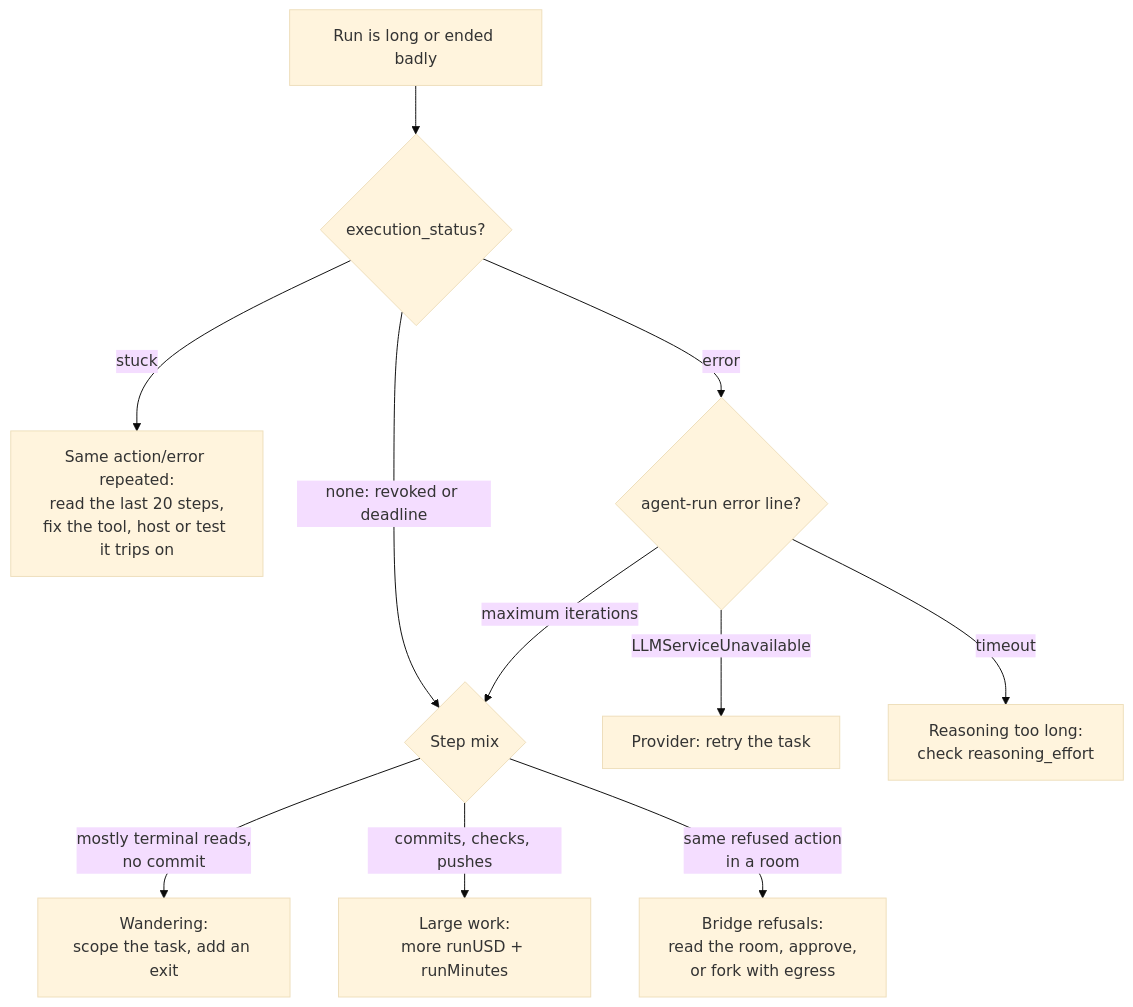
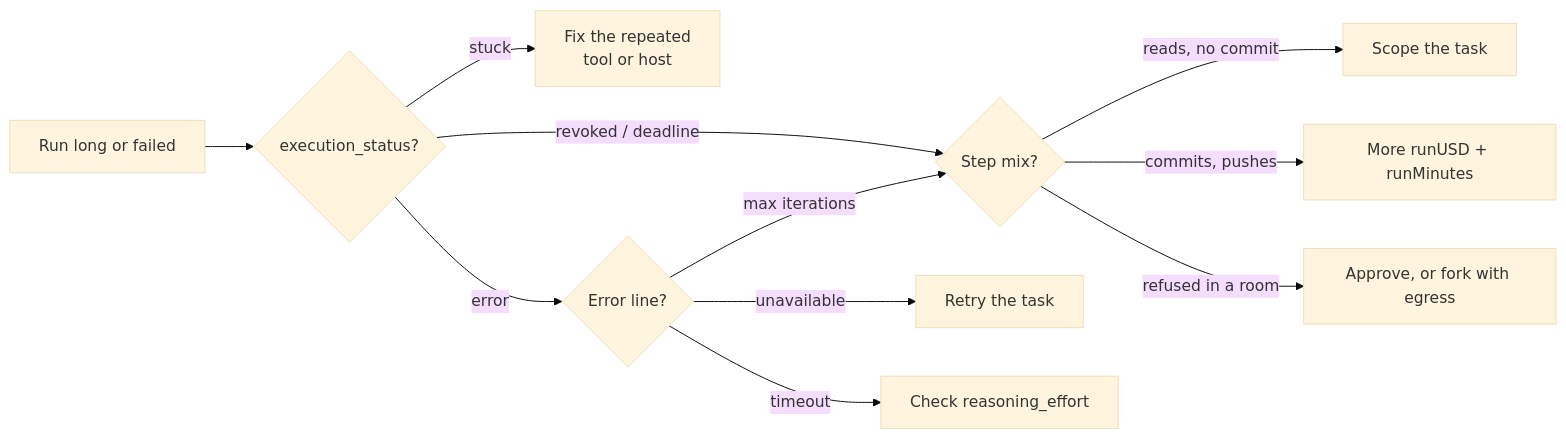
One commit to Smana/ai-native-ref changed the third of 3 diagrams in website/content/docs/platform/ai-platform/agents/harness.md. Above: the diagram before and after it, drawn with Mermaid (base theme). The commit also changed other lines of this file and 2 other files, not shown here.

````diff
--- a/website/content/docs/platform/ai-platform/agents/harness.md
+++ b/website/content/docs/platform/ai-platform/agents/harness.md
@@ -391,13 +184,13 @@
 ```mermaid
-flowchart TD
-  A["Run is long or ended badly"] --> B{"execution_status?"}
-  B -- stuck --> S["Same action/error repeated:<br/>read the last 20 steps,<br/>fix the tool, host or test it trips on"]
-  B -- error --> E{"agent-run error line?"}
-  E -- "maximum iterations" --> L
-  E -- "LLMServiceUnavailable" --> P["Provider: retry the task"]
-  E -- "timeout" --> R["Reasoning too long:<br/>check reasoning_effort"]
-  B -- "none: revoked or deadline" --> L{"Step mix"}
-  L -- "mostly terminal reads,<br/>no commit" --> W["Wandering:<br/>scope the task, add an exit"]
-  L -- "commits, checks, pushes" --> G["Large work:<br/>more runUSD + runMinutes"]
-  L -- "same refused action<br/>in a room" --> Q["Bridge refusals:<br/>read the room, approve,<br/>or fork with egress"]
+flowchart LR
+  A["Run long or failed"] --> B{"execution_status?"}
+  B -- stuck --> S["Fix the repeated<br/>tool or host"]
+  B -- error --> E{"Error line?"}
+  E -- "max iterations" --> L
+  E -- unavailable --> P["Retry the task"]
+  E -- timeout --> R["Check reasoning_effort"]
+  B -- "revoked / deadline" --> L{"Step mix?"}
+  L -- "reads, no commit" --> W["Scope the task"]
+  L -- "commits, pushes" --> G["More runUSD + runMinutes"]
+  L -- "refused in a room" --> Q["Approve, or fork with egress"]
 ```
````
